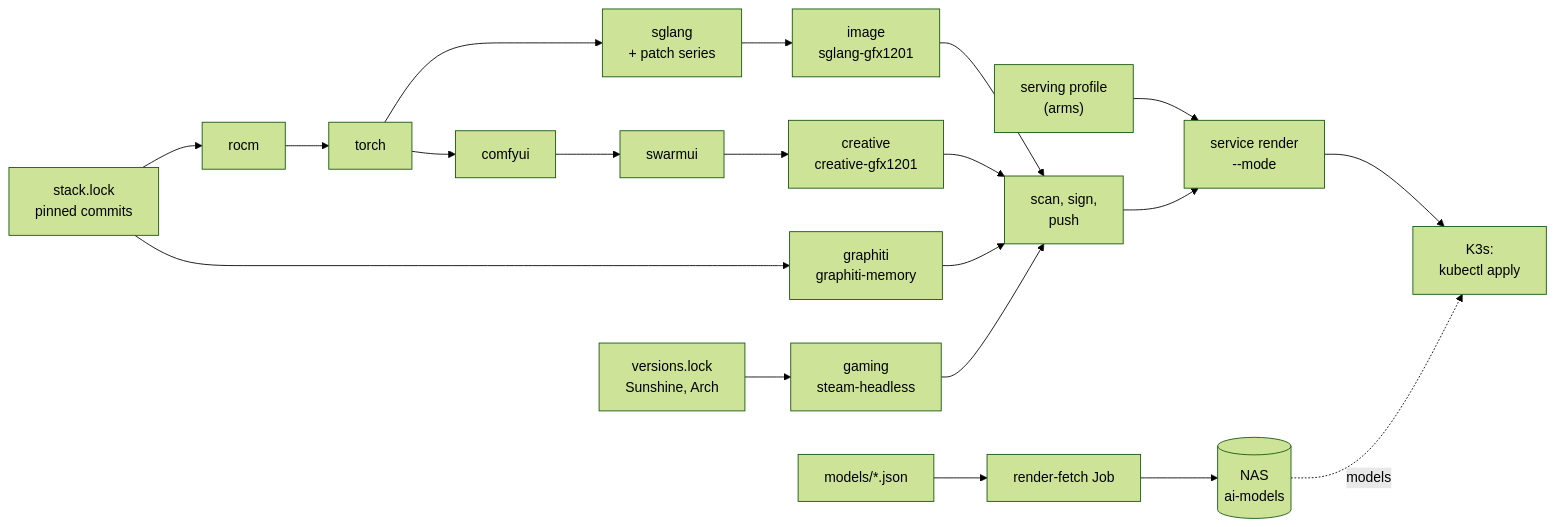
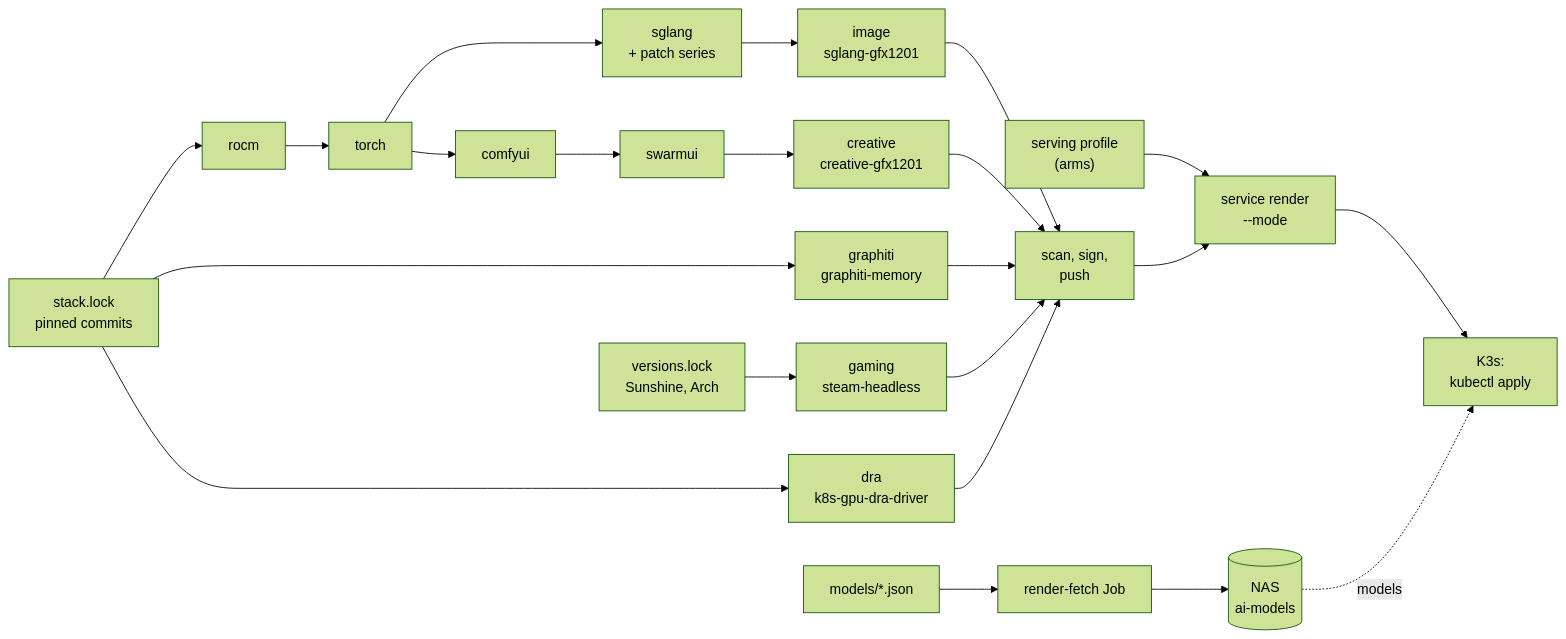
The diagram in infrastructure/ai-stack/README.md (Drgr33nSenior/ArchLinuxThreadripper), drawn with Mermaid (forest theme) before and after one commit. The commit also changed other lines of this file and 6 other files, not shown here.

First line of the commit message:
Pin the pipeline-built DRA driver; keep v1.0.1 as rollback

````diff
--- a/infrastructure/ai-stack/README.md
+++ b/infrastructure/ai-stack/README.md
@@ -16,16 +17,18 @@
 ```mermaid
 flowchart LR
   lock["stack.lock<br/>pinned commits"] --> rocm["rocm"] --> torch["torch"] --> sgl["sglang<br/>+ patch series"] --> img["image<br/>sglang-gfx1201"]
   torch --> comfy["comfyui"] --> swarm["swarmui"] --> creative["creative<br/>creative-gfx1201"]
   lock --> graphiti["graphiti<br/>graphiti-memory"]
+  lock --> dra["dra<br/>k8s-gpu-dra-driver"]
   vlock["versions.lock<br/>Sunshine, Arch"] --> gaming["gaming<br/>steam-headless"]
   img --> sign["scan, sign,<br/>push"]
   creative --> sign
   graphiti --> sign
   gaming --> sign
+  dra --> sign
   cat["models/*.json"] --> fetch["render-fetch Job"] --> nas[("NAS<br/>ai-models")]
   profile["serving profile<br/>(arms)"] --> render["service render<br/>--mode"]
   sign --> render
   render --> k3s["K3s:<br/>kubectl apply"]
   nas -.->|"models"| k3s
 ```
````
